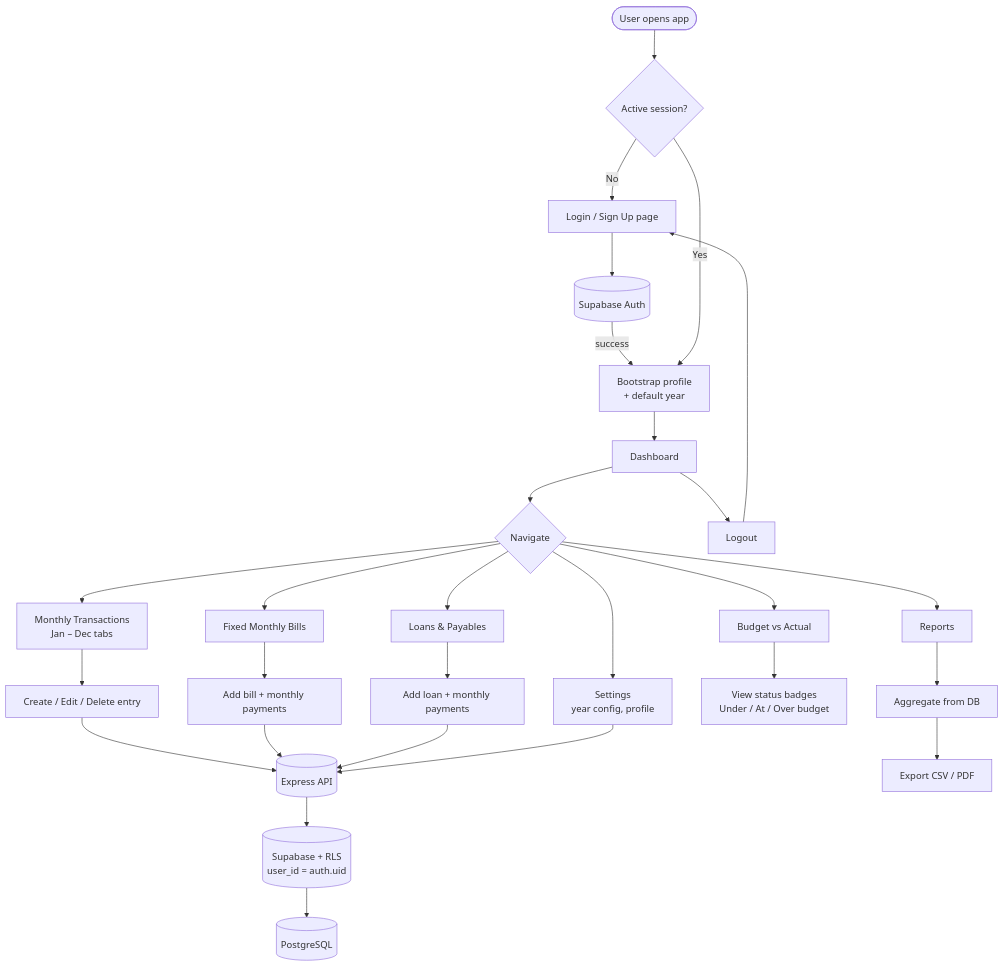
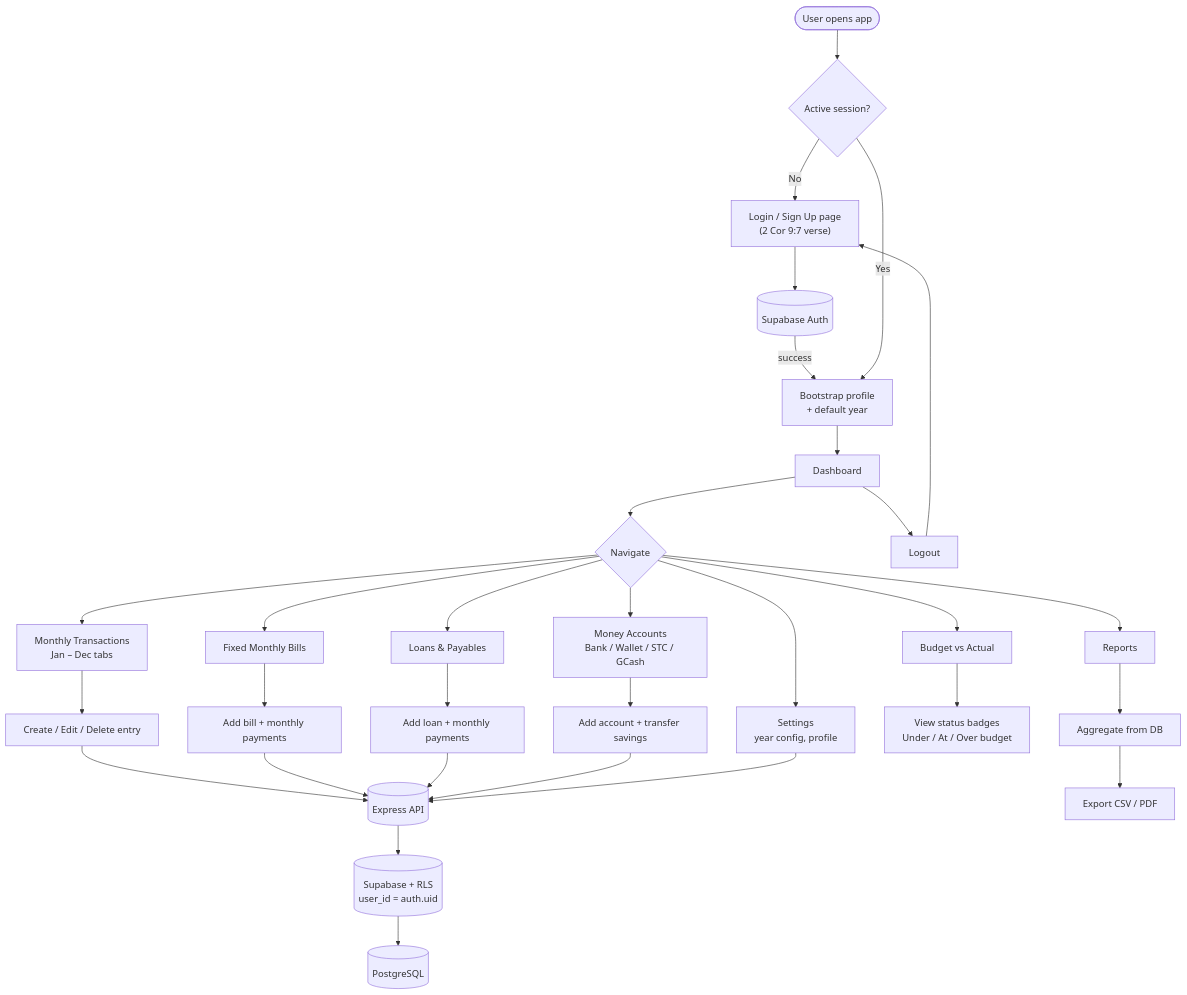
Before and after one commit to Legacy-Globalsa/LGGM-Frontend: the first of 2 diagrams in IMPLEMENTATION_PLAN.md, drawn with Mermaid. The commit also changed other lines of this file and 12 other files, not shown here.

````diff
--- a/IMPLEMENTATION_PLAN.md
+++ b/IMPLEMENTATION_PLAN.md
@@ -38,35 +40,38 @@
 ```mermaid
 flowchart TD
     Start([User opens app]) --> CheckSession{Active session?}
-    CheckSession -- No --> Login[Login / Sign Up page]
+    CheckSession -- No --> Login["Login / Sign Up page<br/>(2 Cor 9:7 verse)"]
     Login --> Auth[(Supabase Auth)]
     Auth -- success --> Bootstrap[Bootstrap profile<br/>+ default year]
     CheckSession -- Yes --> Bootstrap
     Bootstrap --> Dashboard[Dashboard]
 
     Dashboard --> Nav{Navigate}
     Nav --> Transactions[Monthly Transactions<br/>Jan – Dec tabs]
     Nav --> Budget[Budget vs Actual]
+    Nav --> MoneyAccounts[Money Accounts<br/>Bank / Wallet / STC / GCash]
     Nav --> Bills[Fixed Monthly Bills]
     Nav --> Loans[Loans & Payables]
     Nav --> Reports[Reports]
-    Nav --> Settings[Settings<br/>year config, profile]
+    Nav --> Settings["Settings<br/>year config, profile"]
 
     Transactions --> CRUD1[Create / Edit / Delete entry]
+    MoneyAccounts --> CRUD4[Add account + transfer savings]
     Bills --> CRUD2[Add bill + monthly payments]
     Loans --> CRUD3[Add loan + monthly payments]
-    Budget --> ViewStatus[View status badges<br/>Under / At / Over budget]
+    Budget --> ViewStatus["View status badges<br/>Under / At / Over budget"]
 
     CRUD1 --> API[(Express API)]
     CRUD2 --> API
     CRUD3 --> API
+    CRUD4 --> API
     Settings --> API
-    API --> RLS[(Supabase + RLS<br/>user_id = auth.uid)]
+    API --> RLS[("Supabase + RLS<br/>user_id = auth.uid")]
     RLS --> DB[(PostgreSQL)]
 
     Reports --> Aggregate[Aggregate from DB]
     Aggregate --> Export[Export CSV / PDF]
 
     Dashboard --> Logout[Logout]
     Logout --> Login
 ```
````
